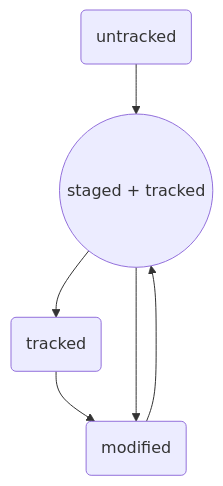
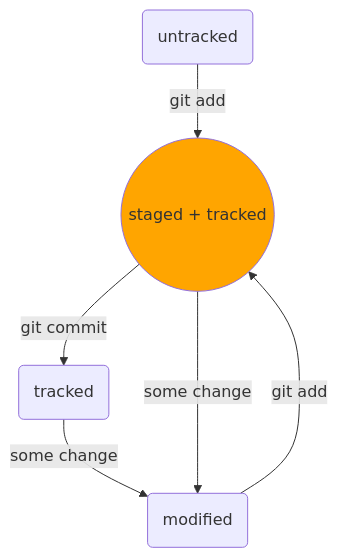
One commit to AleksandrVakarin/GitInstructionMermaid changed the diagram in README.md. Above: the diagram before and after it, drawn with Mermaid.

````diff
--- a/README.md
+++ b/README.md
@@ -93,15 +93,15 @@
 ```mermaid
 flowchart TD;
 	
 	stg((staged + tracked))
 	mdf(modified)
 	untr(untracked)
 	trcd(tracked)
 
-	untr-->stg
-	stg-->trcd
-	trcd-->mdf
-	mdf-->stg
-	stg-->mdf
-	style stg fill: F9CA0F
+	untr-- git add -->stg
+	stg-- git commit -->trcd
+	trcd-- some change -->mdf
+	mdf-- git add -->stg
+	stg-- some change -->mdf
+	style stg fill: orange
 ```
````
